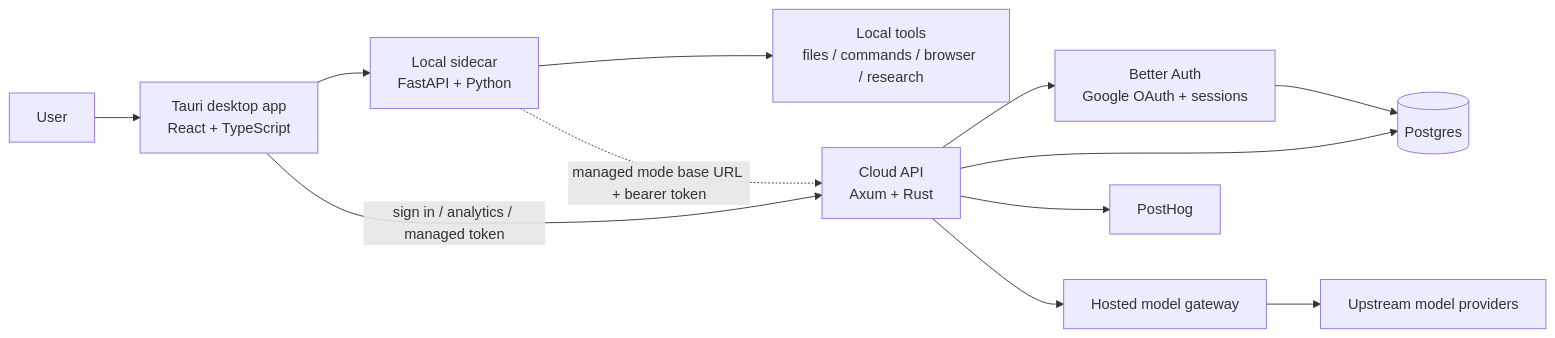
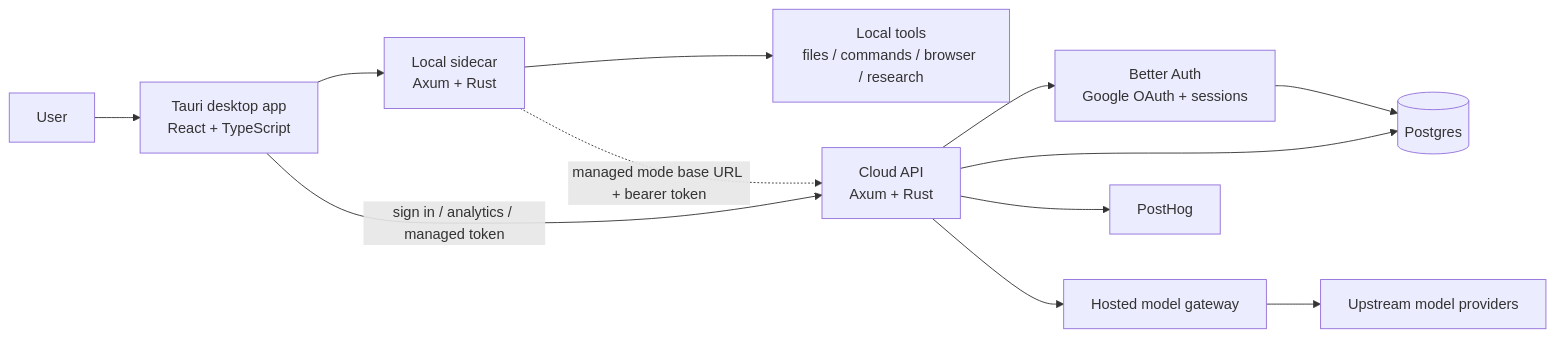
The diagram in docs/ARCHITECTURE.md (Ryz3nPlayZ/zWork), drawn with Mermaid before and after one commit. The commit also changed 59 other files, not shown here.

````diff
--- a/docs/ARCHITECTURE.md
+++ b/docs/ARCHITECTURE.md
@@ -10,27 +10,27 @@
 ```mermaid
 flowchart LR
     User[User]
     App[Tauri desktop app<br/>React + TypeScript]
-    Sidecar[Local sidecar<br/>FastAPI + Python]
+    Sidecar[Local sidecar<br/>Axum + Rust]
     LocalTools[Local tools<br/>files / commands / browser / research]
     CloudAPI[Cloud API<br/>Axum + Rust]
     BetterAuth[Better Auth<br/>Google OAuth + sessions]
     Postgres[(Postgres)]
     PostHog[PostHog]
     ModelGateway[Hosted model gateway]
     Providers[Upstream model providers]
 
     User --> App
     App --> Sidecar
     Sidecar --> LocalTools
 
     App -->|sign in / analytics / managed token| CloudAPI
     CloudAPI --> BetterAuth
     BetterAuth --> Postgres
     CloudAPI --> Postgres
     CloudAPI --> PostHog
     CloudAPI --> ModelGateway
     ModelGateway --> Providers
 
     Sidecar -. managed mode base URL + bearer token .-> CloudAPI
 ```
````
